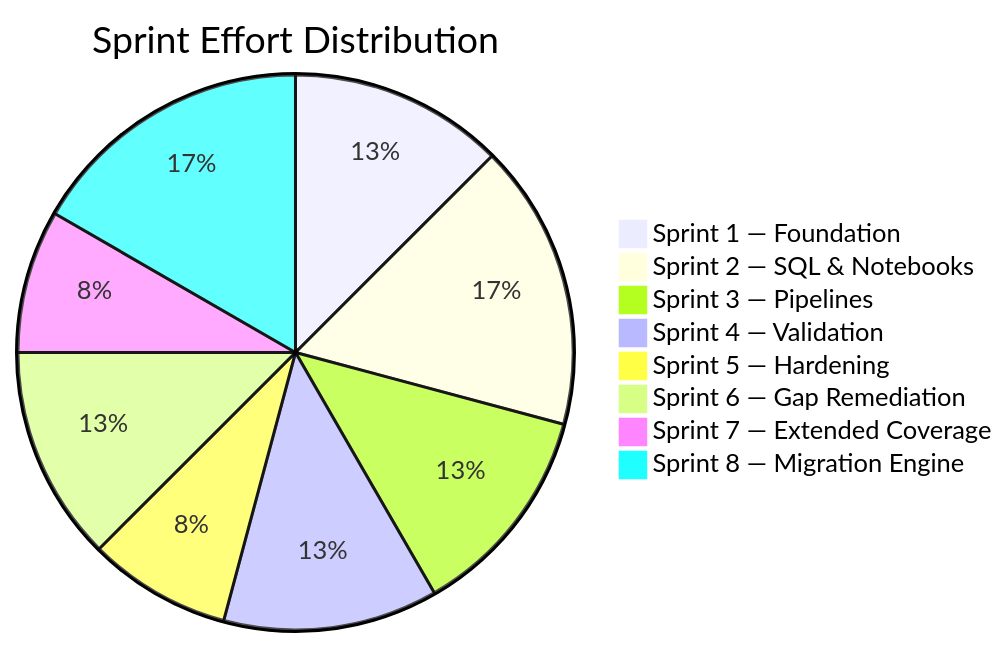
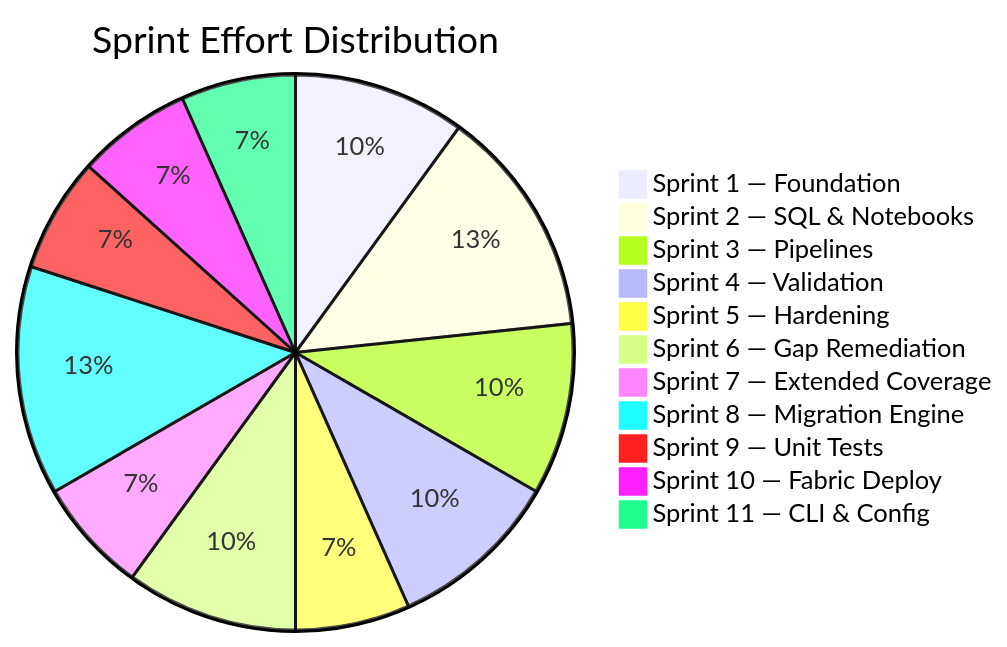
Before and after one commit to cyphou/InformaticaToFabric: the eighth of 8 diagrams in DEVELOPMENT_PLAN.md, drawn with Mermaid. The commit also changed other lines of this file and 9 other files, not shown here.

First line of the commit message:
Sprint 9-11: Unit tests (64 passing), Fabric deployment, CLI+logging+config

````diff
--- a/DEVELOPMENT_PLAN.md
+++ b/DEVELOPMENT_PLAN.md
@@ -539,11 +608,14 @@
 ```mermaid
 pie title Sprint Effort Distribution
     "Sprint 1 — Foundation" : 15
     "Sprint 2 — SQL & Notebooks" : 20
     "Sprint 3 — Pipelines" : 15
     "Sprint 4 — Validation" : 15
     "Sprint 5 — Hardening" : 10
     "Sprint 6 — Gap Remediation" : 15
     "Sprint 7 — Extended Coverage" : 10
     "Sprint 8 — Migration Engine" : 20
+    "Sprint 9 — Unit Tests" : 10
+    "Sprint 10 — Fabric Deploy" : 10
+    "Sprint 11 — CLI & Config" : 10
 ```
````
